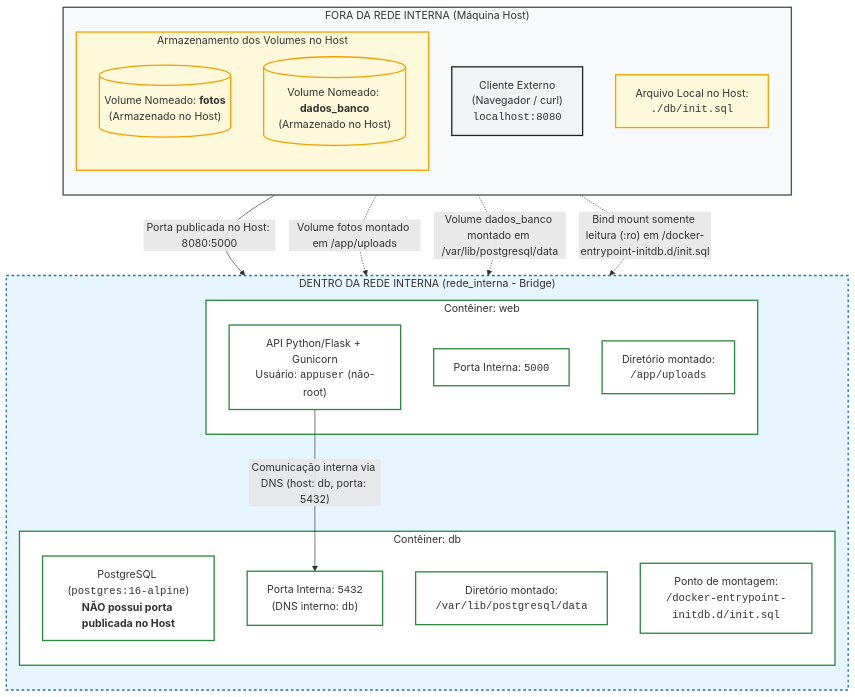
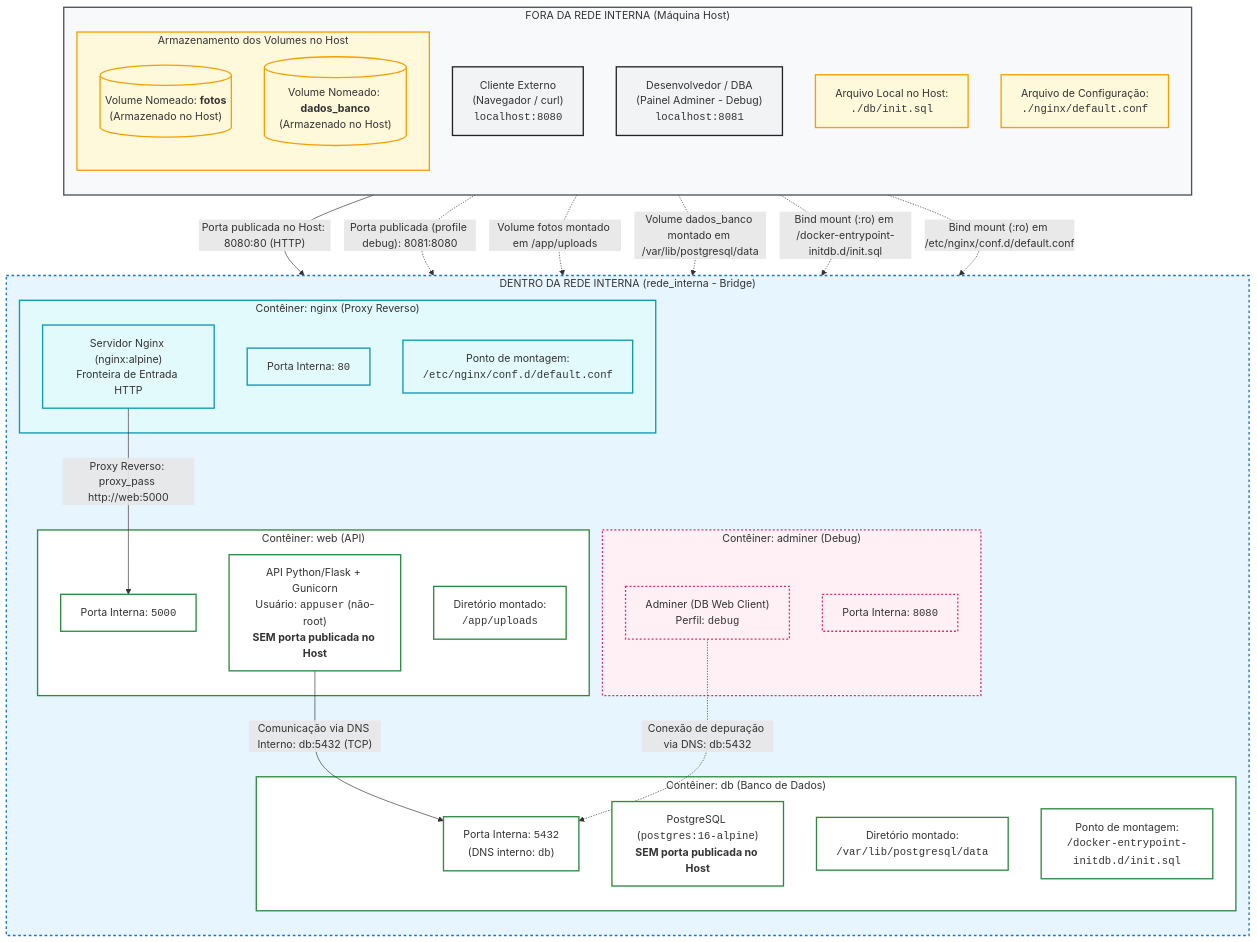
The diagram in docs/arquitetura.md (gabrieloliveiraulbra/achados-perdidos), drawn with Mermaid before and after one commit. The commit also changed other lines of this file and 5 other files, not shown here.

Commit message:
Implementacao dos Desafios Bonus da Secao 6: Nginx, Adminer e Backup de Volume

````diff
--- a/docs/arquitetura.md
+++ b/docs/arquitetura.md
@@ -15,7 +15,9 @@
         direction TB
 
         Client["Cliente Externo<br/>(Navegador / curl)<br/><code>localhost:8080</code>"]
+        DevAdmin["Desenvolvedor / DBA<br/>(Painel Adminer - Debug)<br/><code>localhost:8081</code>"]
         InitSQL["Arquivo Local no Host:<br/><code>./db/init.sql</code>"]
+        NginxConf["Arquivo de Configuração:<br/><code>./nginx/default.conf</code>"]
 
         subgraph HostStorage["Armazenamento dos Volumes no Host"]
             VolFotos[("Volume Nomeado: <b>fotos</b><br/>(Armazenado no Host)")]
@@ -29,43 +31,62 @@
     subgraph RedeInterna["DENTRO DA REDE INTERNA (rede_interna - Bridge)"]
         direction TB
 
-        subgraph WebContainer["Contêiner: web"]
-            WebProcess["API Python/Flask + Gunicorn<br/>Usuário: <code>appuser</code> (não-root)"]
+        subgraph NginxContainer["Contêiner: nginx (Proxy Reverso)"]
+            NginxProcess["Servidor Nginx (nginx:alpine)<br/>Fronteira de Entrada HTTP"]
+            NginxPort["Porta Interna: <code>80</code>"]
+            NginxConfMount["Ponto de montagem:<br/><code>/etc/nginx/conf.d/default.conf</code>"]
+        end
+
+        subgraph WebContainer["Contêiner: web (API)"]
+            WebProcess["API Python/Flask + Gunicorn<br/>Usuário: <code>appuser</code> (não-root)<br/><b>SEM porta publicada no Host</b>"]
             WebPort["Porta Interna: <code>5000</code>"]
             WebUploads["Diretório montado:<br/><code>/app/uploads</code>"]
         end
 
-        subgraph DbContainer["Contêiner: db"]
-            DbProcess["PostgreSQL (<code>postgres:16-alpine</code>)<br/><b>NÃO possui porta publicada no Host</b>"]
+        subgraph DbContainer["Contêiner: db (Banco de Dados)"]
+            DbProcess["PostgreSQL (<code>postgres:16-alpine</code>)<br/><b>SEM porta publicada no Host</b>"]
             DbPort["Porta Interna: <code>5432</code><br/>(DNS interno: <code>db</code>)"]
             DbData["Diretório montado:<br/><code>/var/lib/postgresql/data</code>"]
             DbInitMount["Ponto de montagem:<br/><code>/docker-entrypoint-initdb.d/init.sql</code>"]
         end
+
+        subgraph AdminerContainer["Contêiner: adminer (Debug)"]
+            AdminerProcess["Adminer (DB Web Client)<br/>Perfil: <code>debug</code>"]
+            AdminerPort["Porta Interna: <code>8080</code>"]
+        end
     end
 
-    %% Conexão de Porta Publicada no Host
-    Client -- "Porta publicada no Host: 8080:5000" --> WebPort
+    %% Portas Publicadas no Host
+    Client -- "Porta publicada no Host: 8080:80 (HTTP)" --> NginxPort
+    DevAdmin -. "Porta publicada (profile debug): 8081:8080" .-> AdminerPort
 
-    %% Conexão de Rede Interna
-    WebProcess -- "Comunicação interna via DNS (host: db, porta: 5432)" --> DbPort
+    %% Tráfego e Comunicação na Rede Interna
+    NginxProcess -- "Proxy Reverso: proxy_pass http://web:5000" --> WebPort
+    WebProcess -- "Comunicação via DNS Interno: db:5432 (TCP)" --> DbPort
+    AdminerProcess -. "Conexão de depuração via DNS: db:5432" .-> DbPort
 
     %% Montagens de Volumes Nomeados
     VolFotos -. "Volume fotos montado em /app/uploads" .-> WebUploads
     VolBanco -. "Volume dados_banco montado em /var/lib/postgresql/data" .-> DbData
 
-    %% Bind Mount do init.sql
-    InitSQL -. "Bind mount somente leitura (:ro) em /docker-entrypoint-initdb.d/init.sql" .-> DbInitMount
+    %% Bind Mounts
+    InitSQL -. "Bind mount (:ro) em /docker-entrypoint-initdb.d/init.sql" .-> DbInitMount
+    NginxConf -. "Bind mount (:ro) em /etc/nginx/conf.d/default.conf" .-> NginxConfMount
 
     %% Estilização
     classDef hostArea fill:#f8f9fa,stroke:#495057,stroke-width:2px;
     classDef storageArea fill:#fff9db,stroke:#f59f00,stroke-width:2px;
     classDef networkArea fill:#e7f5ff,stroke:#1971c2,stroke-width:2px,stroke-dasharray: 4 4;
+    classDef proxyBox fill:#e3fafc,stroke:#1098ad,stroke-width:2px;
     classDef containerBox fill:#ffffff,stroke:#2b8a3e,stroke-width:2px;
+    classDef debugBox fill:#fff0f6,stroke:#d6336c,stroke-width:2px,stroke-dasharray: 3 3;
     classDef clientBox fill:#f1f3f5,stroke:#212529,stroke-width:2px;
 
     class Host hostArea;
-    class HostStorage,VolFotos,VolBanco,InitSQL storageArea;
+    class HostStorage,VolFotos,VolBanco,InitSQL,NginxConf storageArea;
     class RedeInterna networkArea;
+    class NginxContainer,NginxProcess,NginxPort,NginxConfMount proxyBox;
     class WebContainer,DbContainer,WebProcess,WebPort,WebUploads,DbProcess,DbPort,DbData,DbInitMount containerBox;
-    class Client clientBox;
+    class AdminerContainer,AdminerProcess,AdminerPort debugBox;
+    class Client,DevAdmin clientBox;
 ```
````
